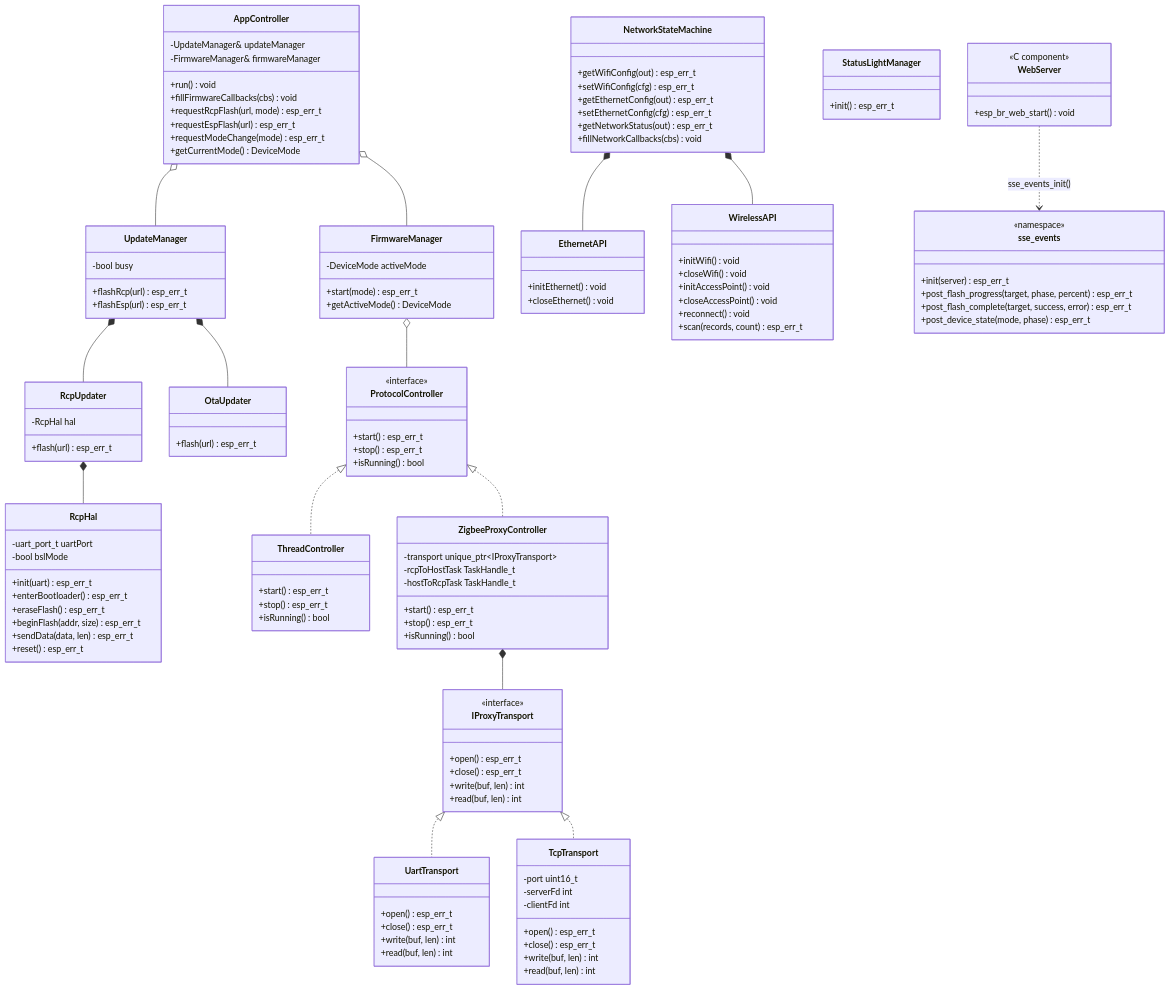
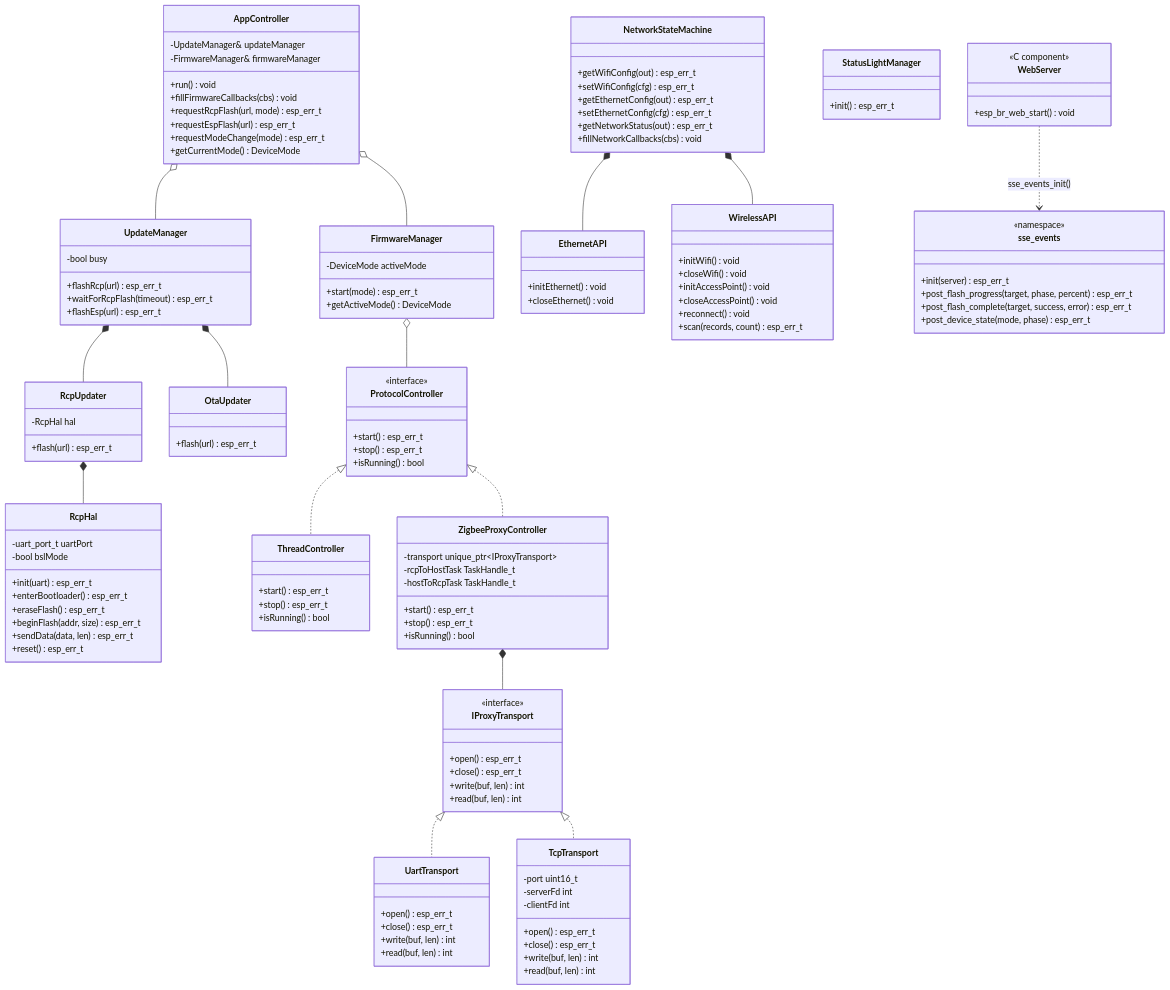
The first of 2 diagrams in README.md (codm/czc-unified), drawn with Mermaid before and after one commit. The commit also changed other lines of this file and 12 other files, not shown here.

```diff
--- a/README.md
+++ b/README.md
@@ -400,6 +400,7 @@
     class UpdateManager {
         -bool busy
         +flashRcp(url) esp_err_t
+        +waitForRcpFlash(timeout) esp_err_t
         +flashEsp(url) esp_err_t
     }
     class RcpUpdater {
```
